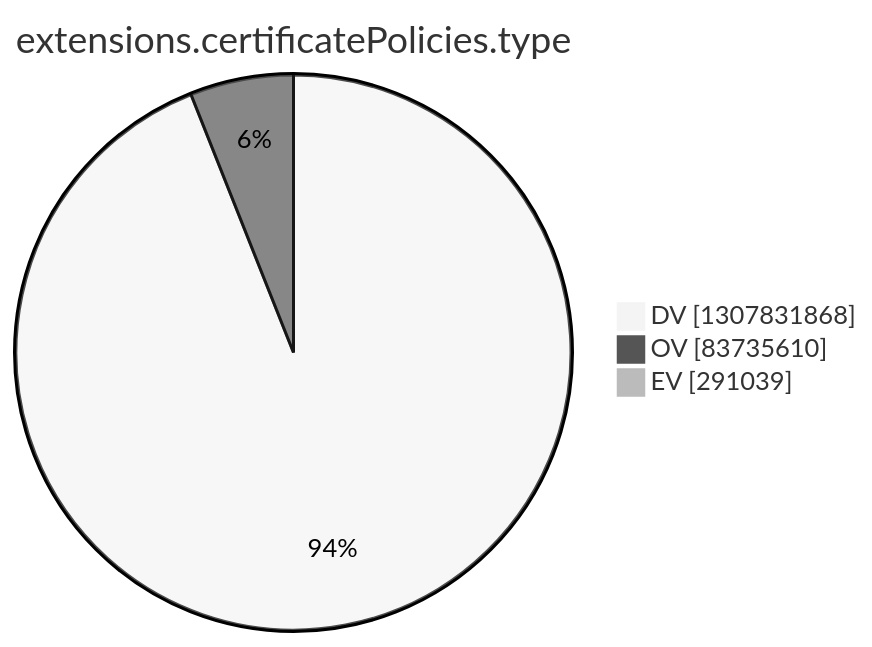
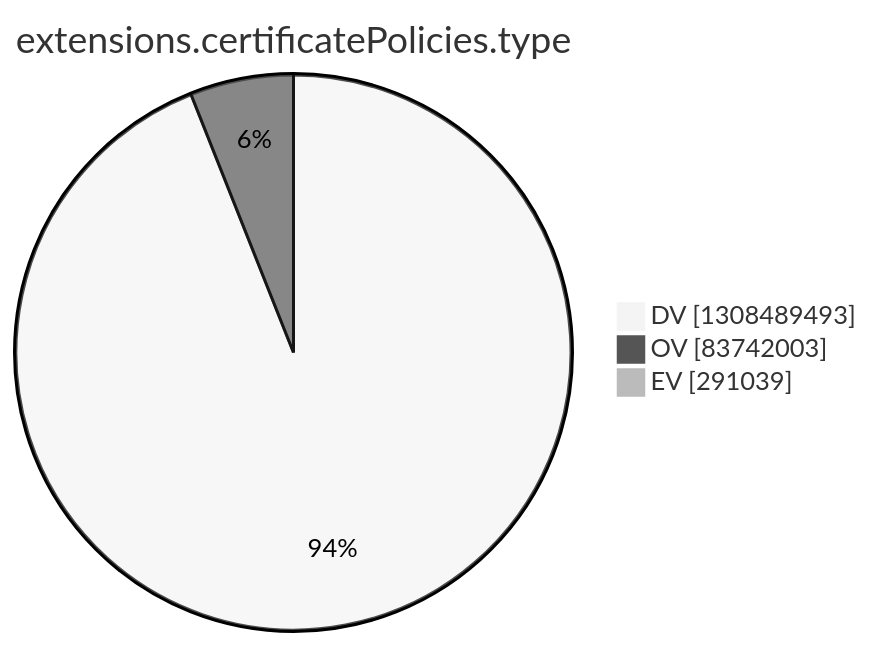
One commit to christiankrug/ctmonitor_visualization changed the tenth of 15 diagrams in argon2022/README.md. Above: the diagram before and after it, drawn with Mermaid (neutral theme). The commit also changed other lines of this file, not shown here.

````diff
--- a/argon2022/README.md
+++ b/argon2022/README.md
@@ -2772,7 +2772,7 @@
 ```mermaid
 pie showData
 title extensions.certificatePolicies.type
-"DV" :1307831868
-"OV" :83735610
+"DV" :1308489493
+"OV" :83742003
 "EV" :291039
 ```
````
